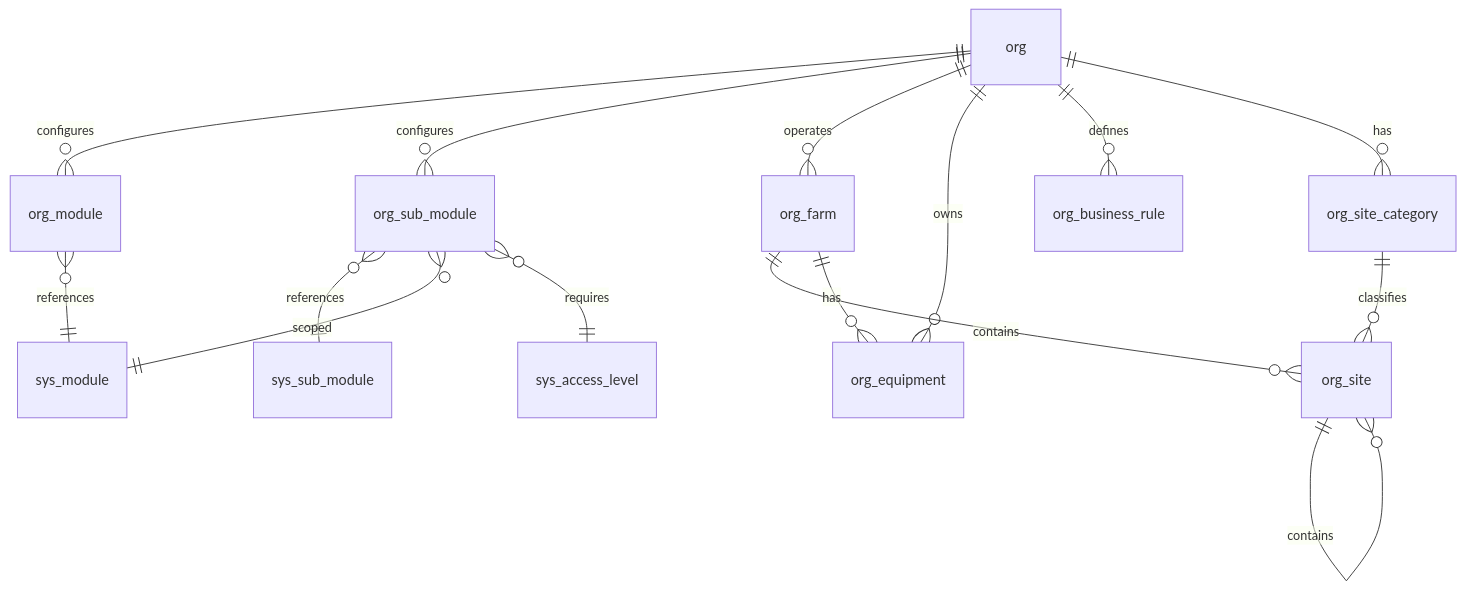
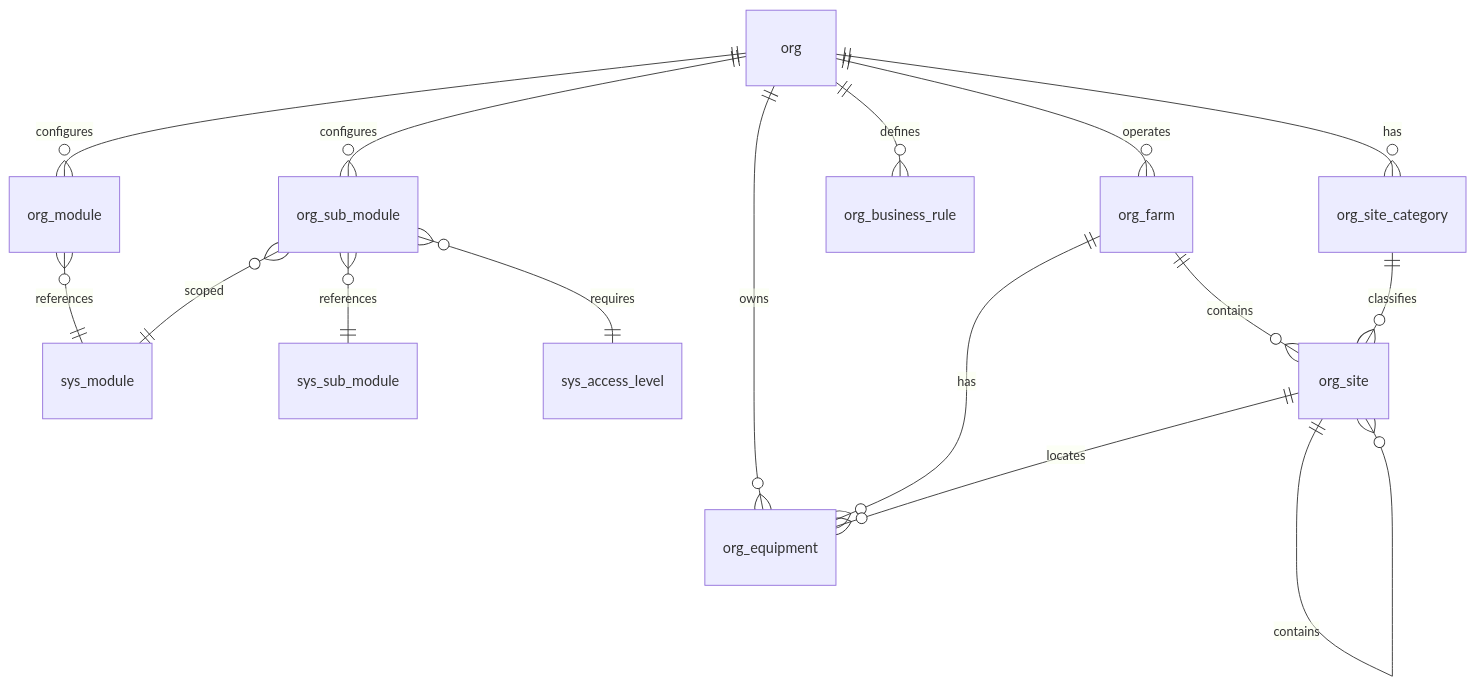
One commit to Hawaii-Farming/aloha-app changed the diagram in docs/schemas/20260401000002_org.md. Above: the diagram before and after it, drawn with Mermaid. The commit also changed other lines of this file and 34 other files, not shown here.

First line of the commit message:
Add business rules, schema updates, shipping traceability, and doc sync

````diff
--- a/docs/schemas/20260401000002_org.md
+++ b/docs/schemas/20260401000002_org.md
@@ -9,17 +9,18 @@
 ```mermaid
 erDiagram
     org ||--o{ org_module : configures
     org ||--o{ org_sub_module : configures
     org ||--o{ org_farm : operates
     org ||--o{ org_equipment : owns
     org ||--o{ org_business_rule : defines
     org_module }o--|| sys_module : references
     org_sub_module }o--|| sys_sub_module : references
     org_sub_module }o--|| sys_module : scoped
     org_sub_module }o--|| sys_access_level : requires
     org ||--o{ org_site_category : has
     org_farm ||--o{ org_site : contains
     org_site_category ||--o{ org_site : classifies
     org_site ||--o{ org_site : contains
     org_farm ||--o{ org_equipment : has
+    org_site ||--o{ org_equipment : locates
 ```
````
